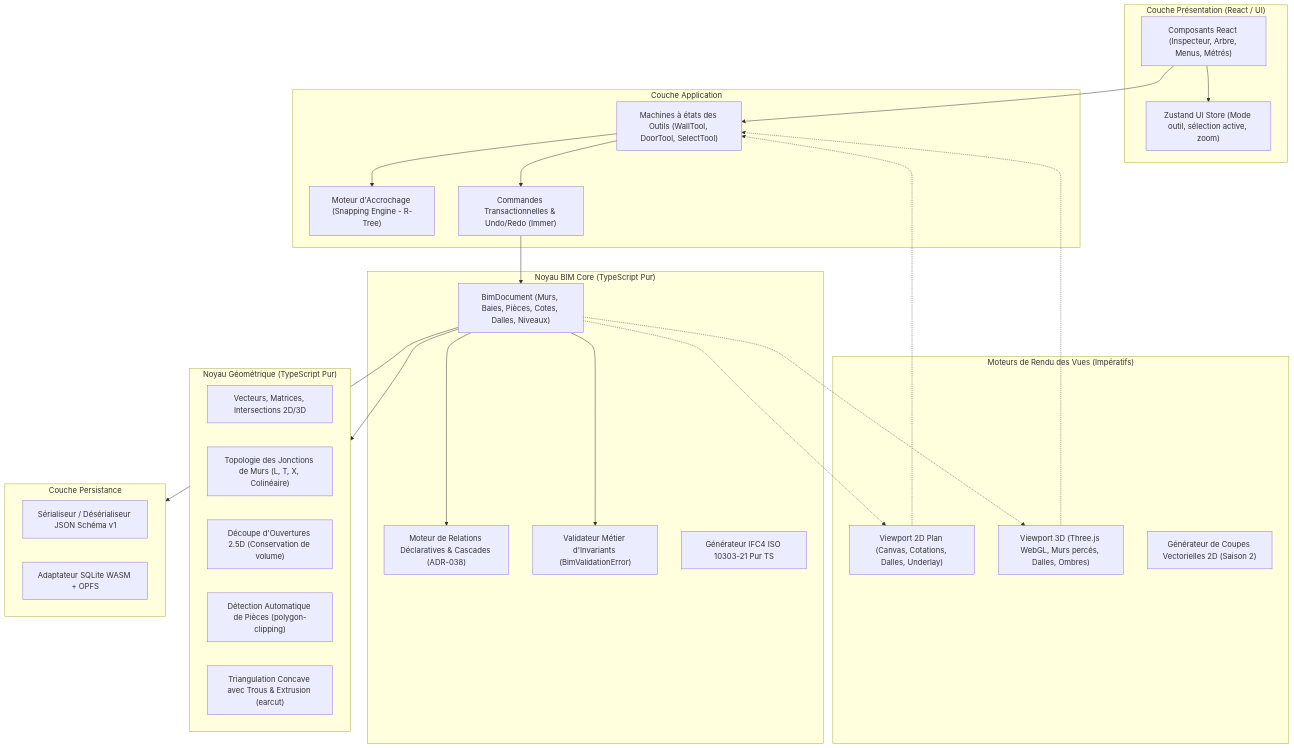
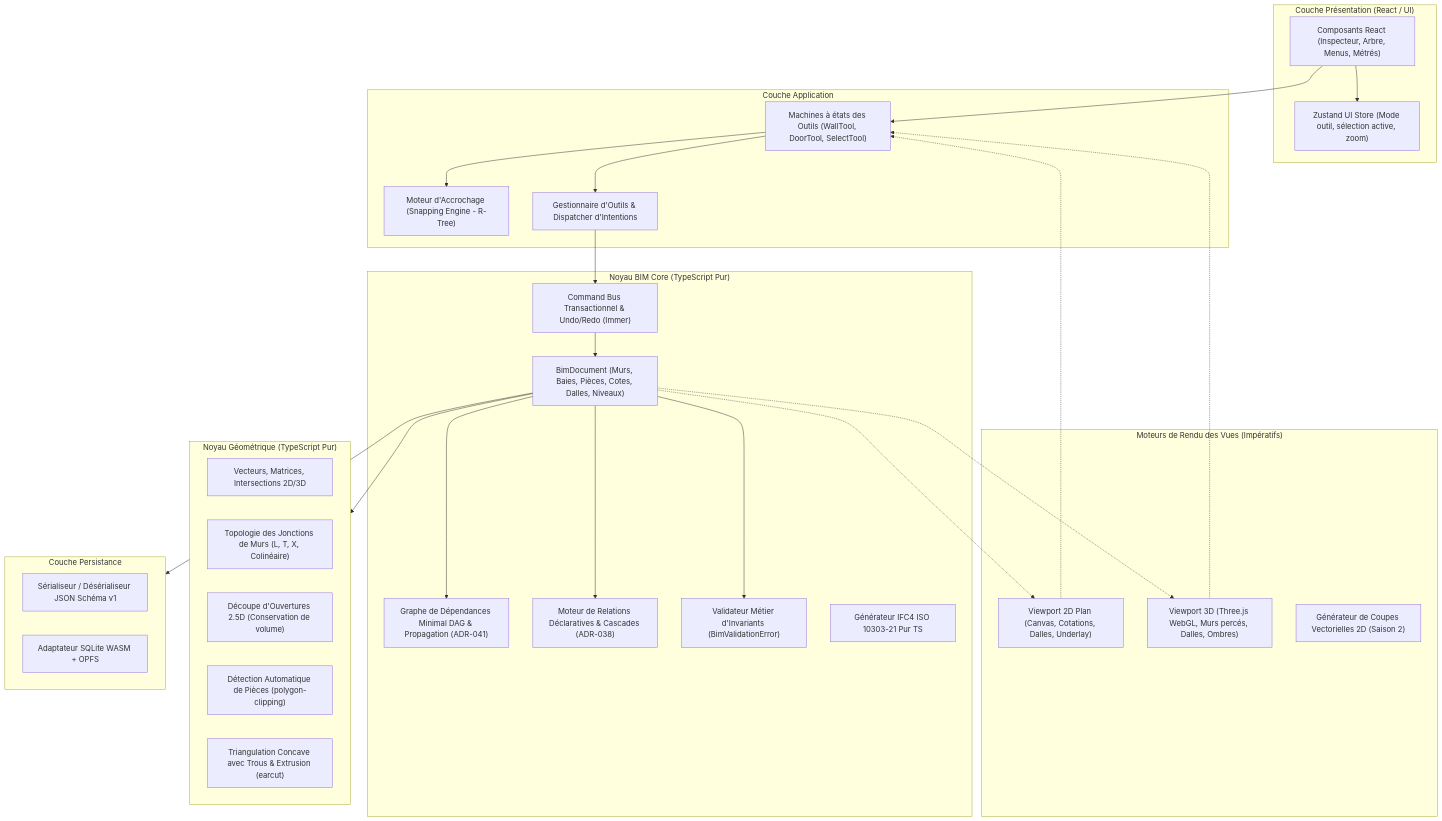
Before and after one commit to mouridoullah/mini-Revit: the first of 2 diagrams in ARCHITECTURE.md, drawn with Mermaid. The commit also changed 3 other files, not shown here.

Commit message:
docs: formalize ADR-041 (DAG minimal), ADR-042 (types manquants), SLABS_SPEC v1.1 and Season 2 roadmap alignments

````diff
--- a/ARCHITECTURE.md
+++ b/ARCHITECTURE.md
@@ -30,54 +30,57 @@
 ```mermaid
 flowchart TD
     subgraph UI ["Couche Présentation (React / UI)"]
         ReactUI["Composants React (Inspecteur, Arbre, Menus, Métrés)"]
         UIStore["Zustand UI Store (Mode outil, sélection active, zoom)"]
     end
 
     subgraph AppLayer ["Couche Application"]
         Tools["Machines à états des Outils (WallTool, DoorTool, SelectTool)"]
         Snapping["Moteur d'Accrochage (Snapping Engine - R-Tree)"]
-        CommandBus["Command Bus & Transaction Manager (Undo/Redo)"]
+        ToolDispatcher["Gestionnaire d'Outils & Dispatcher d'Intentions"]
     end
 
     subgraph Viewports ["Moteurs de Rendu des Vues (Impératifs)"]
         View2D["Viewport 2D Plan (Canvas, Cotations, Dalles, Underlay)"]
         View3D["Viewport 3D (Three.js WebGL, Murs percés, Dalles, Ombres)"]
         Section2D["Générateur de Coupes Vectorielles 2D (Saison 2)"]
     end
 
     subgraph CoreDomain ["Noyau BIM Core (TypeScript Pur)"]
         Document["BimDocument (Murs, Baies, Pièces, Cotes, Dalles, Niveaux)"]
-        CommandBus["Commandes Transactionnelles & Undo/Redo (Immer)"]
+        CommandBus["Command Bus Transactionnel & Undo/Redo (Immer)"]
+        DagEngine["Graphe de Dépendances Minimal DAG & Propagation (ADR-041)"]
         RelationsEngine["Moteur de Relations Déclaratives & Cascades (ADR-038)"]
         RulesEngine["Validateur Métier d'Invariants (BimValidationError)"]
         IFCExporter["Générateur IFC4 ISO 10303-21 Pur TS"]
     end
 
     subgraph GeometryKernel ["Noyau Géométrique (TypeScript Pur)"]
         MathUtils["Vecteurs, Matrices, Intersections 2D/3D"]
         WallJunctions["Topologie des Jonctions de Murs (L, T, X, Colinéaire)"]
         SlicingEngine["Découpe d'Ouvertures 2.5D (Conservation de volume)"]
         RoomDetection["Détection Automatique de Pièces (polygon-clipping)"]
         Triangulation["Triangulation Concave avec Trous & Extrusion (earcut)"]
     end
 
     subgraph Persistence ["Couche Persistance"]
         Serializer["Sérialiseur / Désérialiseur JSON Schéma v1"]
         SQLiteAdapter["Adaptateur SQLite WASM + OPFS"]
     end
 
     ReactUI --> Tools
     ReactUI --> UIStore
     Tools --> Snapping
-    Tools --> CommandBus
+    Tools --> ToolDispatcher
+    ToolDispatcher --> CommandBus
     CommandBus --> Document
+    Document --> DagEngine
     Document --> RelationsEngine
     Document --> RulesEngine
     Document --> GeometryKernel
     Document --> Persistence
     Document -.-> View2D
     Document -.-> View3D
     View2D -.-> Tools
     View3D -.-> Tools
 ```
````
